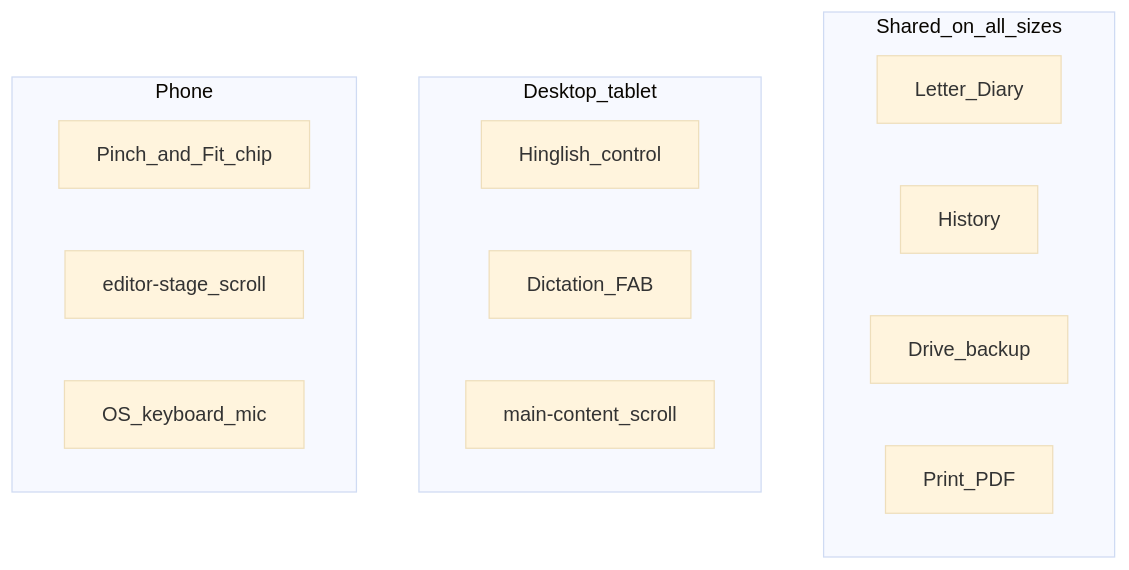
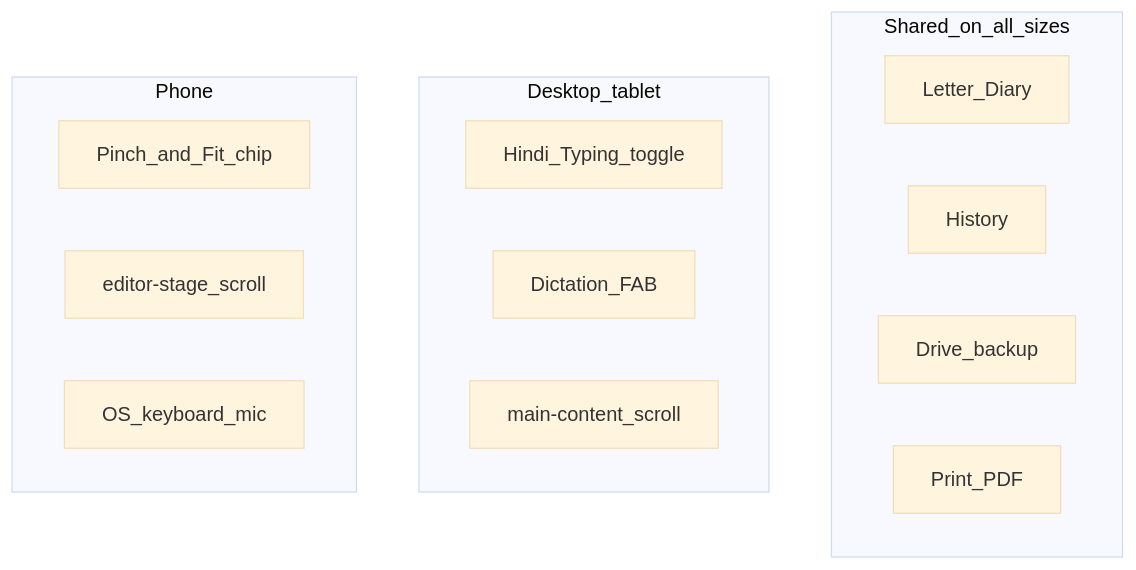
The diagram in docs/desktop-vs-mobile.md (arverma/Bihar-Police-Notebook), drawn with Mermaid (base theme) before and after one commit. The commit also changed other lines of this file and 9 other files, not shown here.

````diff
--- a/docs/desktop-vs-mobile.md
+++ b/docs/desktop-vs-mobile.md
@@ -21,19 +21,19 @@
 ```mermaid
 flowchart TB
   subgraph shared [Shared_on_all_sizes]
     templates[Letter_Diary]
     history[History]
     drive[Drive_backup]
     print[Print_PDF]
   end
   subgraph desk [Desktop_tablet]
-    hinglish[Hinglish_control]
+    hinglish[Hindi_Typing_toggle]
     dict[Dictation_FAB]
     mainScroll[main-content_scroll]
   end
   subgraph phone [Phone]
     pinch[Pinch_and_Fit_chip]
     stageScroll[editor-stage_scroll]
     kbMic[OS_keyboard_mic]
   end
 ```
````
